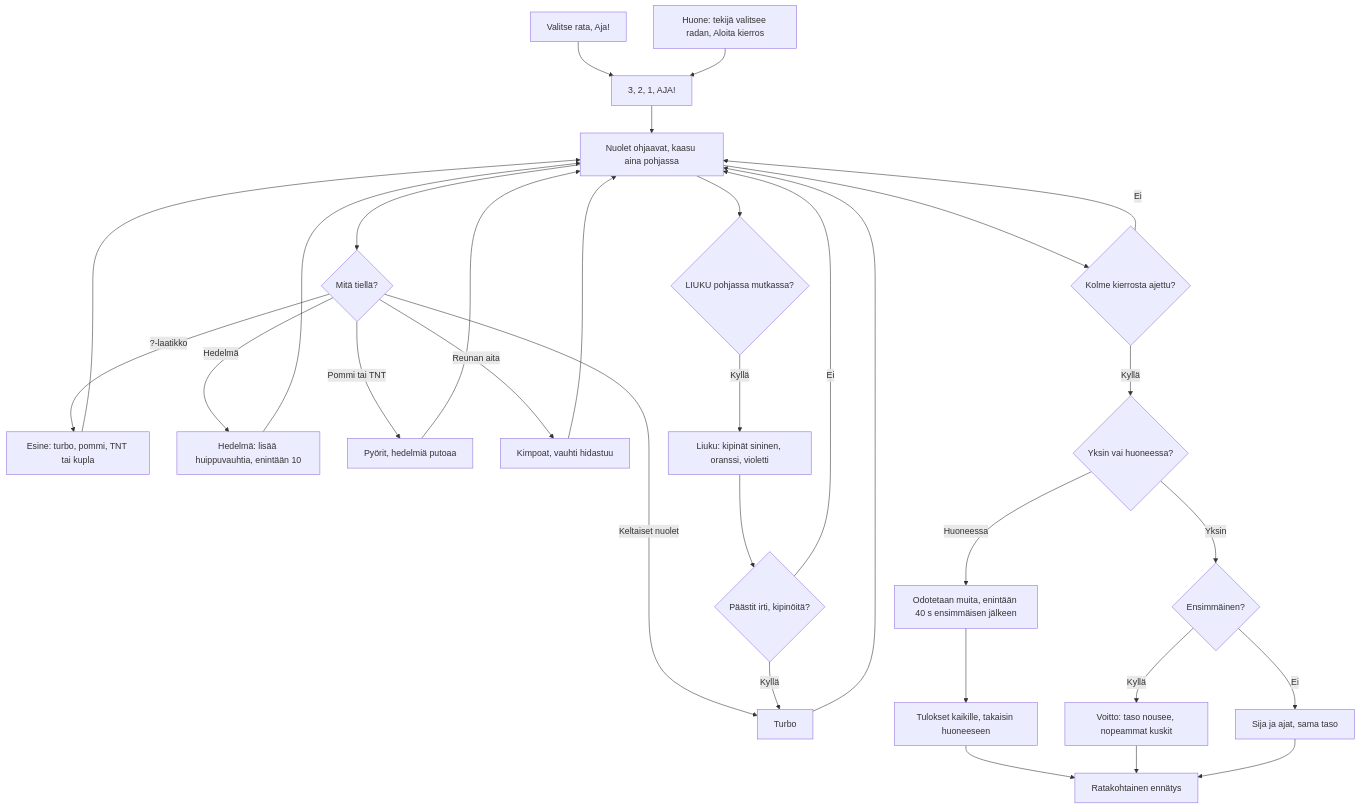
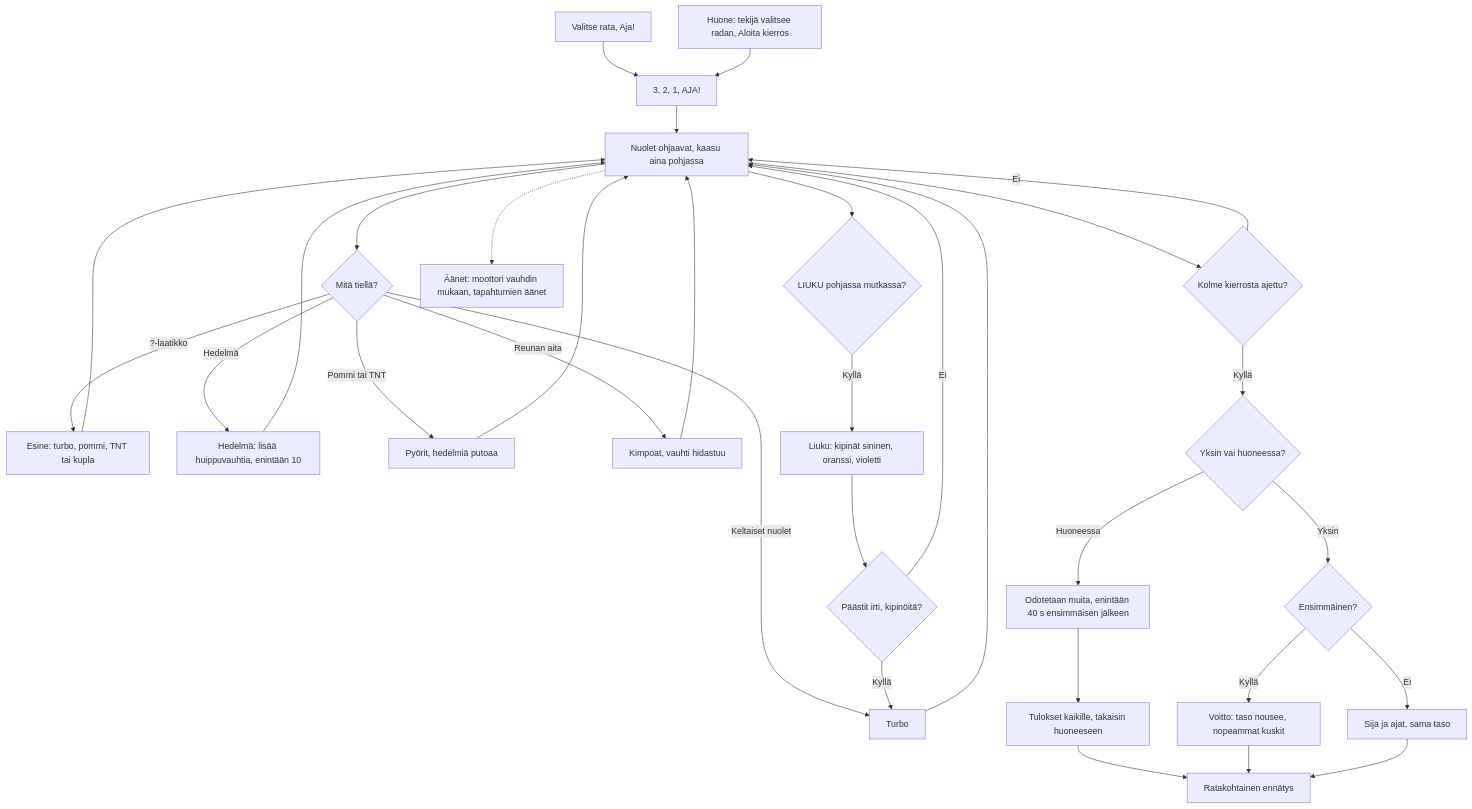
The diagram in docs/diagrams/kaahari.md (eerovil/ai-pelit), drawn with Mermaid before and after one commit. The commit also changed other lines of this file and 4 other files, not shown here.

````diff
--- a/docs/diagrams/kaahari.md
+++ b/docs/diagrams/kaahari.md
@@ -8,39 +8,40 @@
 ```mermaid
 flowchart TD
   A[Valitse rata, Aja!] --> B[3, 2, 1, AJA!]
   R[Huone: tekijä valitsee radan, Aloita kierros] --> B
   B --> C[Nuolet ohjaavat, kaasu aina pohjassa]
   C --> D{Mitä tiellä?}
   D -- ?-laatikko --> E[Esine: turbo, pommi, TNT tai kupla]
   D -- Hedelmä --> F[Hedelmä: lisää huippuvauhtia, enintään 10]
   D -- Keltaiset nuolet --> G[Turbo]
   D -- Pommi tai TNT --> H[Pyörit, hedelmiä putoaa]
   D -- Reunan aita --> I[Kimpoat, vauhti hidastuu]
   C --> J{LIUKU pohjassa mutkassa?}
   J -- Kyllä --> K[Liuku: kipinät sininen, oranssi, violetti]
   K --> L{Päästit irti, kipinöitä?}
   L -- Kyllä --> G
   L -- Ei --> C
   E --> C
   F --> C
   G --> C
   H --> C
   I --> C
   C --> M{Kolme kierrosta ajettu?}
+  C -.-> Z[Äänet: moottori vauhdin mukaan, tapahtumien äänet]
   M -- Ei --> C
   M -- Kyllä --> S{Yksin vai huoneessa?}
   S -- Yksin --> N{Ensimmäinen?}
   S -- Huoneessa --> U[Odotetaan muita, enintään 40 s ensimmäisen jälkeen]
   U --> V[Tulokset kaikille, takaisin huoneeseen]
   V --> Q
   N -- Kyllä --> O[Voitto: taso nousee, nopeammat kuskit]
   N -- Ei --> P[Sija ja ajat, sama taso]
   O --> Q[Ratakohtainen ennätys]
   P --> Q
-  class A,B,C blue
+  class A,B,C,Z blue
   class D,J,L,M,N,S amber
   class R,U,V violet
   class E,F,G,K teal
   class H,I,P rose
   class O,Q green
 ```
````
